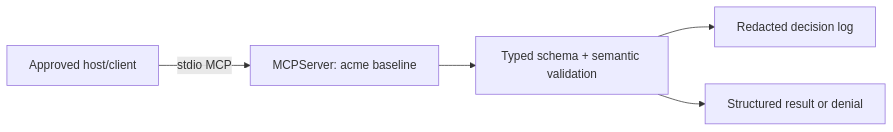
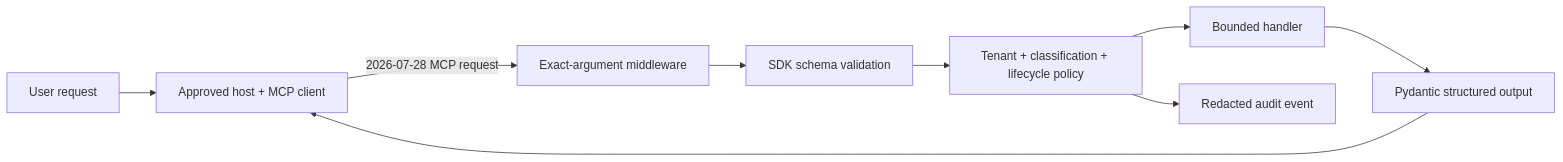
The diagram in curriculum/beginner/04-minimal-secure-mcp-server/README.md (mahsa-teimourikia/mcp-security), drawn with Mermaid before and after one commit. The commit also changed other lines of this file and 6 other files, not shown here.

````diff
--- a/curriculum/beginner/04-minimal-secure-mcp-server/README.md
+++ b/curriculum/beginner/04-minimal-secure-mcp-server/README.md
@@ -23,7 +57,11 @@
 ```mermaid
 flowchart LR
- H["Approved host/client"] -->|"stdio MCP"| S["MCPServer: acme baseline"]
- S --> V["Typed schema + semantic validation"]
- V --> L["Redacted decision log"]
- V --> D["Structured result or denial"]
+  U["User request"] --> H["Approved host + MCP client"]
+  H -->|"2026-07-28 MCP request"| M["Exact-argument middleware"]
+  M --> S["SDK schema validation"]
+  S --> A["Tenant + classification + lifecycle policy"]
+  A --> X["Bounded handler"]
+  X --> O["Pydantic structured output"]
+  O --> H
+  A --> L["Redacted audit event"]
 ```
````
